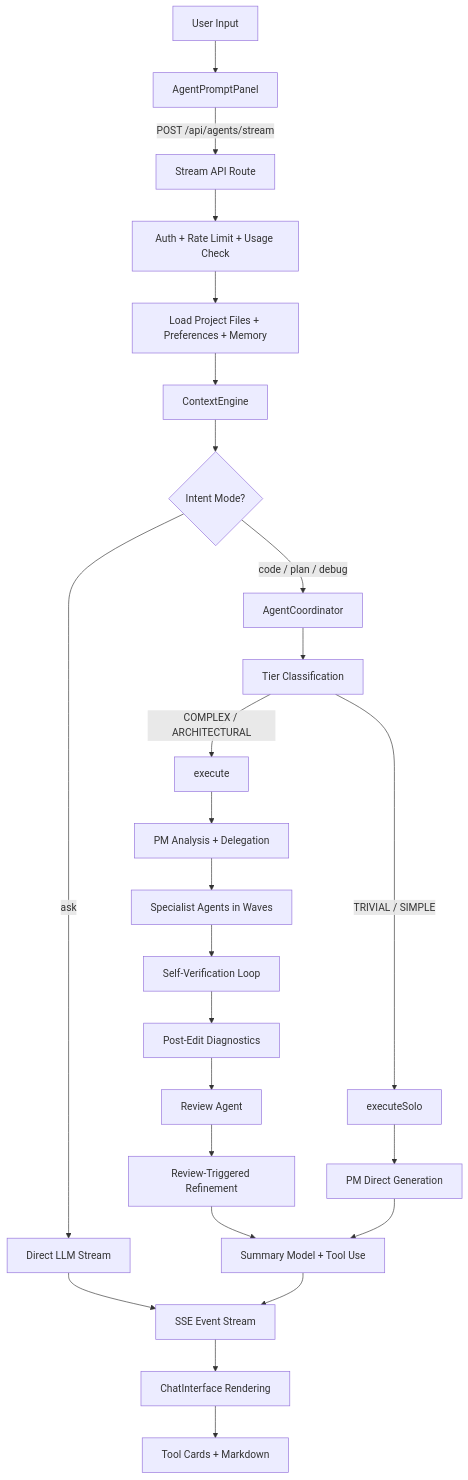
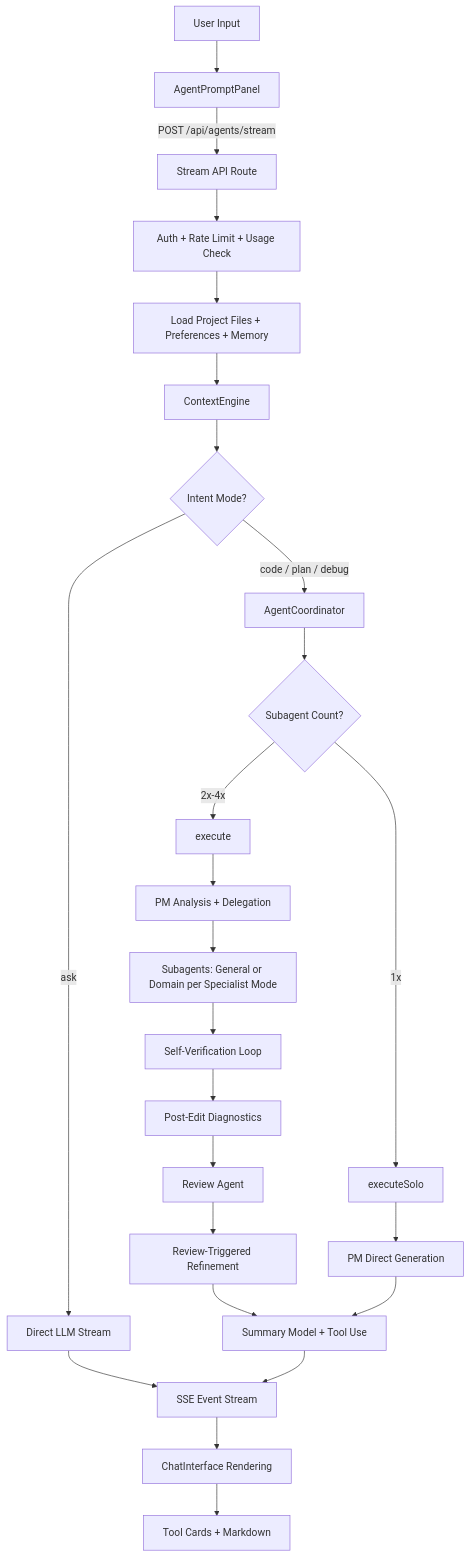
The first of 2 diagrams in ARCHITECTURE.md (prime30/synapse), drawn with Mermaid before and after one commit. The commit also changed other lines of this file and 2997 other files, not shown here.

````diff
--- a/ARCHITECTURE.md
+++ b/ARCHITECTURE.md
@@ -9,32 +9,32 @@
 ```mermaid
 flowchart TD
     User[User Input] --> Panel[AgentPromptPanel]
     Panel -->|"POST /api/agents/stream"| StreamRoute[Stream API Route]
     StreamRoute --> Auth[Auth + Rate Limit + Usage Check]
     Auth --> FileLoad[Load Project Files + Preferences + Memory]
     FileLoad --> ContextEngine[ContextEngine]
     ContextEngine --> ModeRouter{Intent Mode?}
 
     ModeRouter -->|ask| DirectLLM[Direct LLM Stream]
     ModeRouter -->|"code / plan / debug"| Coordinator[AgentCoordinator]
 
-    Coordinator --> Classification[Tier Classification]
-    Classification -->|"TRIVIAL / SIMPLE"| Solo[executeSolo]
-    Classification -->|"COMPLEX / ARCHITECTURAL"| Orchestrated[execute]
+    Coordinator --> SubagentCheck{Subagent Count?}
+    SubagentCheck -->|1x| Solo[executeSolo]
+    SubagentCheck -->|2x-4x| Multi[execute]
 
     Solo --> PM_Solo[PM Direct Generation]
-    Orchestrated --> PM_Analysis[PM Analysis + Delegation]
-    PM_Analysis --> Specialists[Specialist Agents in Waves]
+    Multi --> PM_Analysis[PM Analysis + Delegation]
+    PM_Analysis --> Specialists[Subagents: General or Domain per Specialist Mode]
     Specialists --> SelfVerify[Self-Verification Loop]
     SelfVerify --> Diagnostics[Post-Edit Diagnostics]
     Diagnostics --> ReviewAgent[Review Agent]
     ReviewAgent --> Refinement[Review-Triggered Refinement]
 
     Refinement --> SummaryModel[Summary Model + Tool Use]
     PM_Solo --> SummaryModel
     DirectLLM --> SSE[SSE Event Stream]
     SummaryModel --> SSE
 
     SSE --> ChatInterface[ChatInterface Rendering]
     ChatInterface --> ToolCards[Tool Cards + Markdown]
 ```
````
